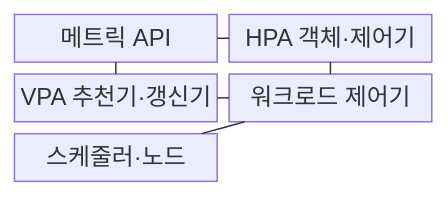
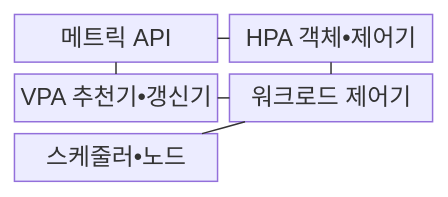
Before and after one commit to agnusdei1207/knowledge-base: the first of 2 diagrams in src/content/docs/notes/03-software/149_auto_scaling_hpa_vpa.md, drawn with Mermaid. The commit also changed other lines of this file and 953 other files, not shown here.

````diff
--- a/src/content/docs/notes/03-software/149_auto_scaling_hpa_vpa.md
+++ b/src/content/docs/notes/03-software/149_auto_scaling_hpa_vpa.md
@@ -72,14 +72,14 @@
 ```mermaid
 block
     columns 2
     M["메트릭 API"]
-    H["HPA 객체·제어기"]
-    V["VPA 추천기·갱신기"]
+    H["HPA 객체•제어기"]
+    V["VPA 추천기•갱신기"]
     W["워크로드 제어기"]
-    S["스케줄러·노드"]
+    S["스케줄러•노드"]
     M --- H
     M --- V
     H --- W
     V --- W
     W --- S
 ```
````
